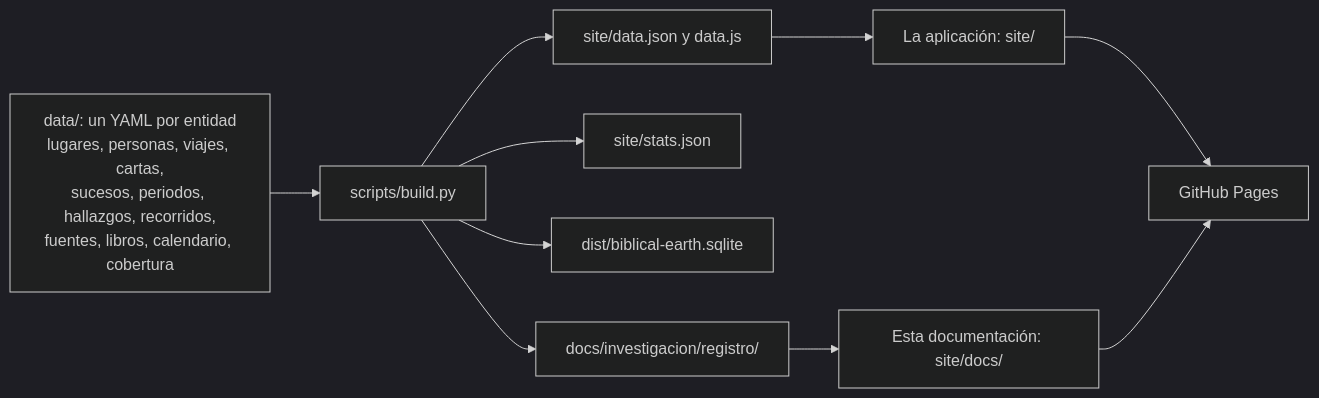
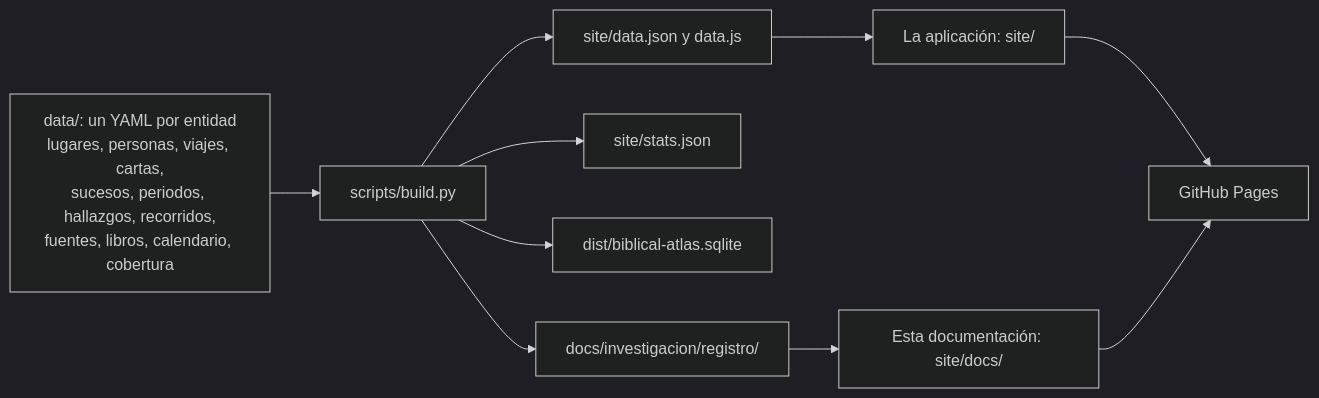
Before and after one commit to GeiserX/biblical-atlas: the diagram in docs/how-it-works.md, drawn with Mermaid (dark theme). The commit also changed 187 other files, not shown here.

First line of the commit message:
chore: biblical-atlas en los ficheros nuevos de main (cambio mecánico, sin revisar a mano)

````diff
--- a/docs/how-it-works.md
+++ b/docs/how-it-works.md
@@ -17,21 +17,21 @@
 ```mermaid
 flowchart LR
     Y[data/: un YAML por entidad<br/>lugares, personas, viajes, cartas,<br/>sucesos, periodos, hallazgos, recorridos,<br/>fuentes, libros, calendario, cobertura]
     B[scripts/build.py]
     J[site/data.json y data.js]
     S[site/stats.json]
-    Q[dist/biblical-earth.sqlite]
+    Q[dist/biblical-atlas.sqlite]
     R[docs/investigacion/registro/]
     A[La aplicación: site/]
     D[Esta documentación: site/docs/]
     P[GitHub Pages]
     Y --> B
     B --> J
     B --> S
     B --> Q
     B --> R
     J --> A
     R --> D
     A --> P
     D --> P
 ```
````
